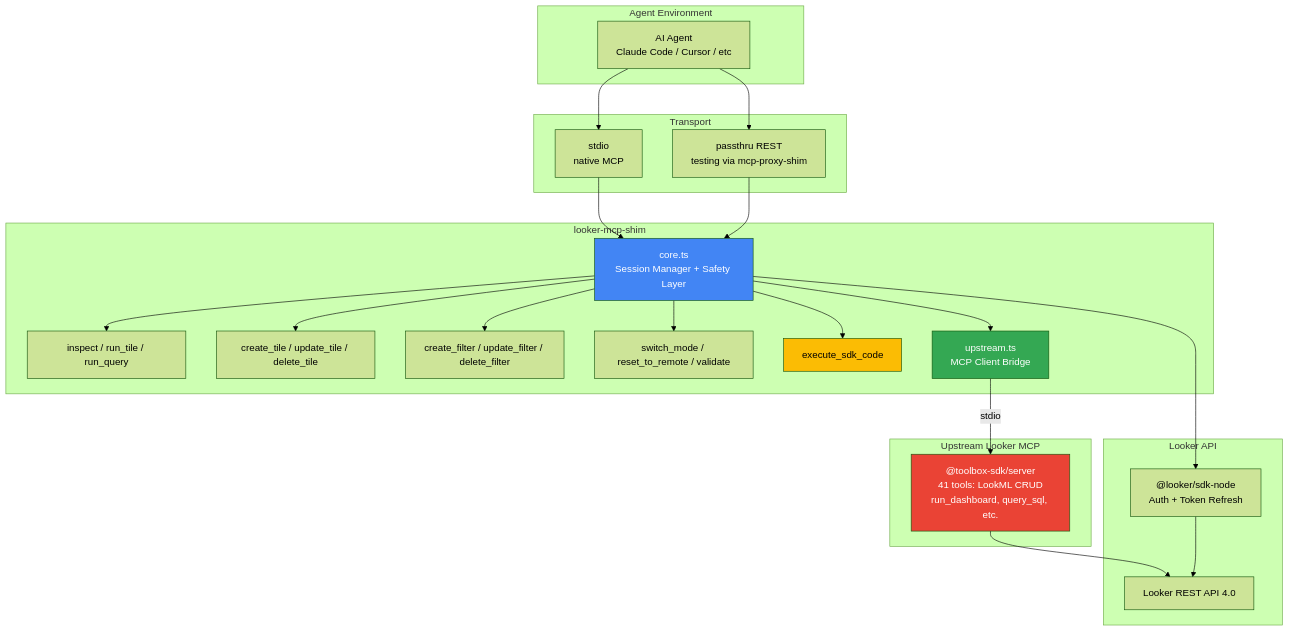
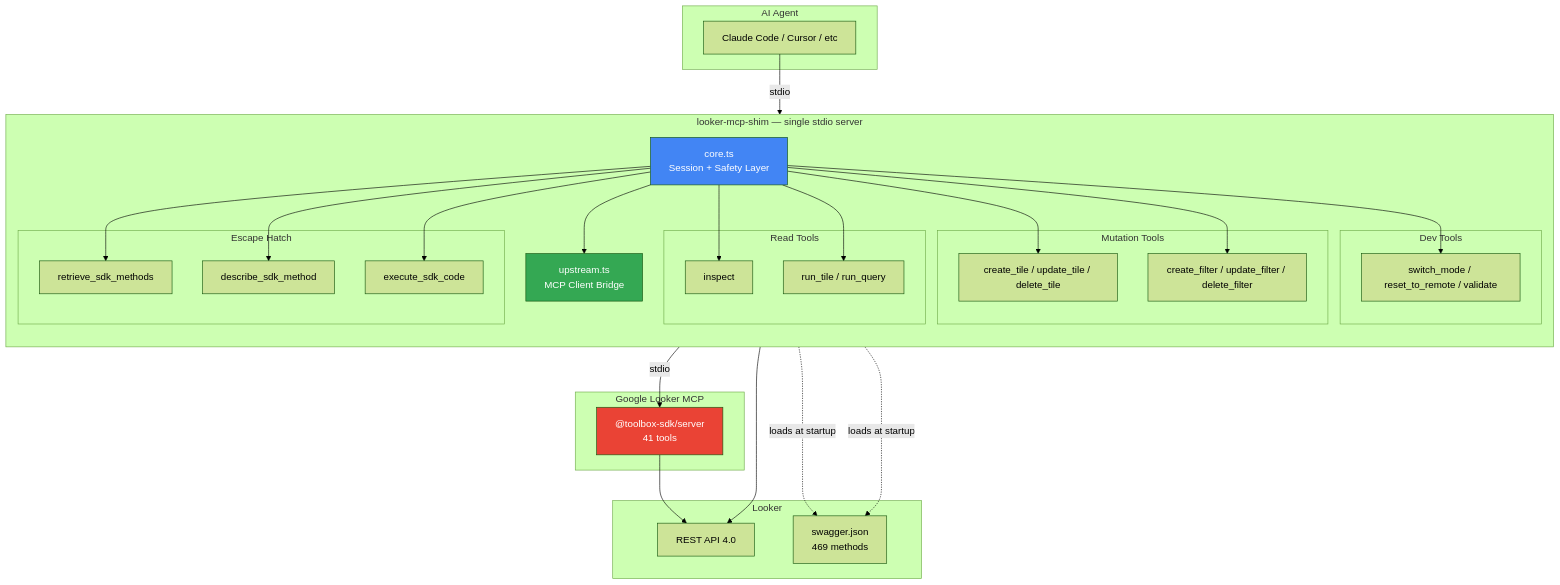
The second of 7 diagrams in README.md (luutuankiet/looker-mcp-shim), drawn with Mermaid (forest theme) before and after one commit. The commit also changed other lines of this file, not shown here.

First line of the commit message:
docs: complete README overhaul — workflow diagrams, DX showcase, tool reference

````diff
--- a/README.md
+++ b/README.md
@@ -30,50 +38,54 @@
 ```mermaid
 graph TD
-    subgraph "Agent Environment"
-        A["AI Agent<br/>Claude Code / Cursor / etc"]
+    subgraph "AI Agent"
+        A["Claude Code / Cursor / etc"]
     end
 
-    subgraph "Transport"
-        B["stdio<br/>native MCP"]
-        C["passthru REST<br/>testing via mcp-proxy-shim"]
-    end
-
-    subgraph "looker-mcp-shim"
-        D["core.ts<br/>Session Manager + Safety Layer"]
-        E["inspect / run_tile / run_query"]
-        F["create_tile / update_tile / delete_tile"]
-        G["create_filter / update_filter / delete_filter"]
-        H["switch_mode / reset_to_remote / validate"]
-        I["execute_sdk_code"]
+    subgraph "looker-mcp-shim — single stdio server"
+        direction TB
+        D["core.ts<br/>Session + Safety Layer"]
+        
+        subgraph "Read Tools"
+            E["inspect"]
+            F["run_tile / run_query"]
+        end
+        
+        subgraph "Mutation Tools"
+            G["create_tile / update_tile / delete_tile"]
+            H["create_filter / update_filter / delete_filter"]
+        end
+        
+        subgraph "Dev Tools"
+            I["switch_mode / reset_to_remote / validate"]
+        end
+        
+        subgraph "Escape Hatch"
+            J["retrieve_sdk_methods"]
+            K["describe_sdk_method"]
+            L["execute_sdk_code"]
+        end
+        
         U["upstream.ts<br/>MCP Client Bridge"]
     end
 
-    subgraph "Upstream Looker MCP"
-        V["@toolbox-sdk/server<br/>41 tools: LookML CRUD<br/>run_dashboard, query_sql, etc."]
+    subgraph "Google Looker MCP"
+        V["@toolbox-sdk/server<br/>41 tools"]
     end
 
-    subgraph "Looker API"
-        J["@looker/sdk-node<br/>Auth + Token Refresh"]
-        K["Looker REST API 4.0"]
+    subgraph "Looker"
+        W["REST API 4.0"]
+        X["swagger.json<br/>469 methods"]
     end
 
-    A --> B
-    A --> C
-    B --> D
-    C --> D
-    D --> E
-    D --> F
-    D --> G
-    D --> H
-    D --> I
+    A -->|stdio| D
+    D --> E & F & G & H & I & J & K & L
     D --> U
     U -->|stdio| V
-    V --> K
-    D --> J
-    J --> K
+    V --> W
+    D --> W
+    J & K -.->|loads at startup| X
 
     style D fill:#4285F4,color:#fff
-    style I fill:#FBBC04,color:#000
     style U fill:#34A853,color:#fff
     style V fill:#EA4335,color:#fff
 ```
````
